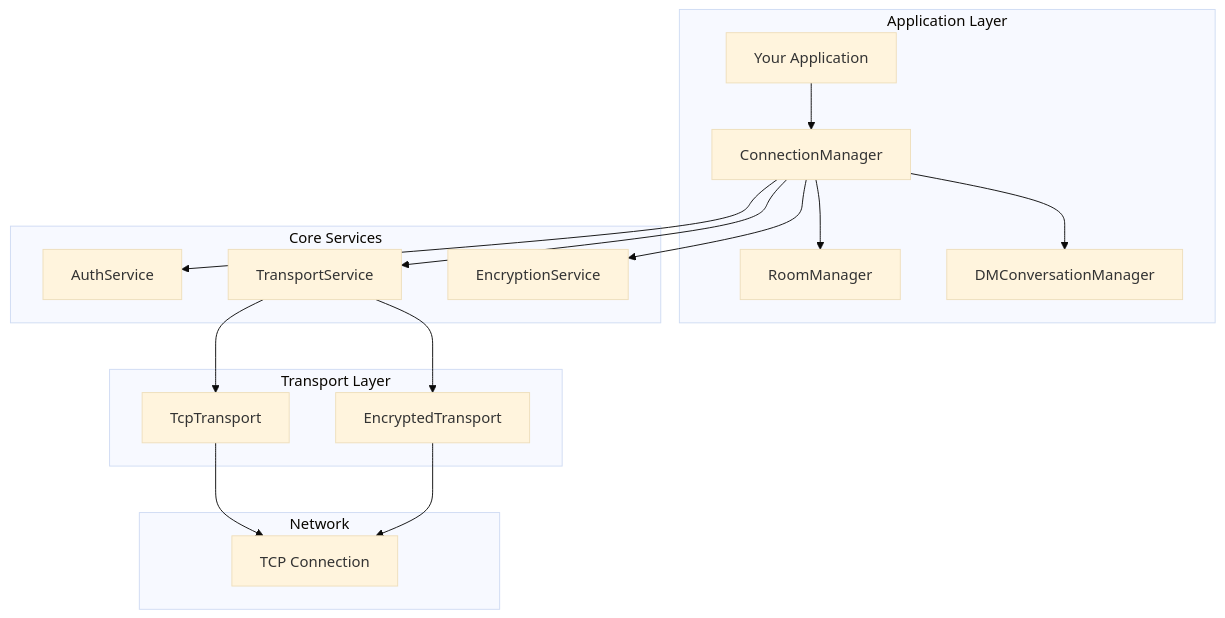
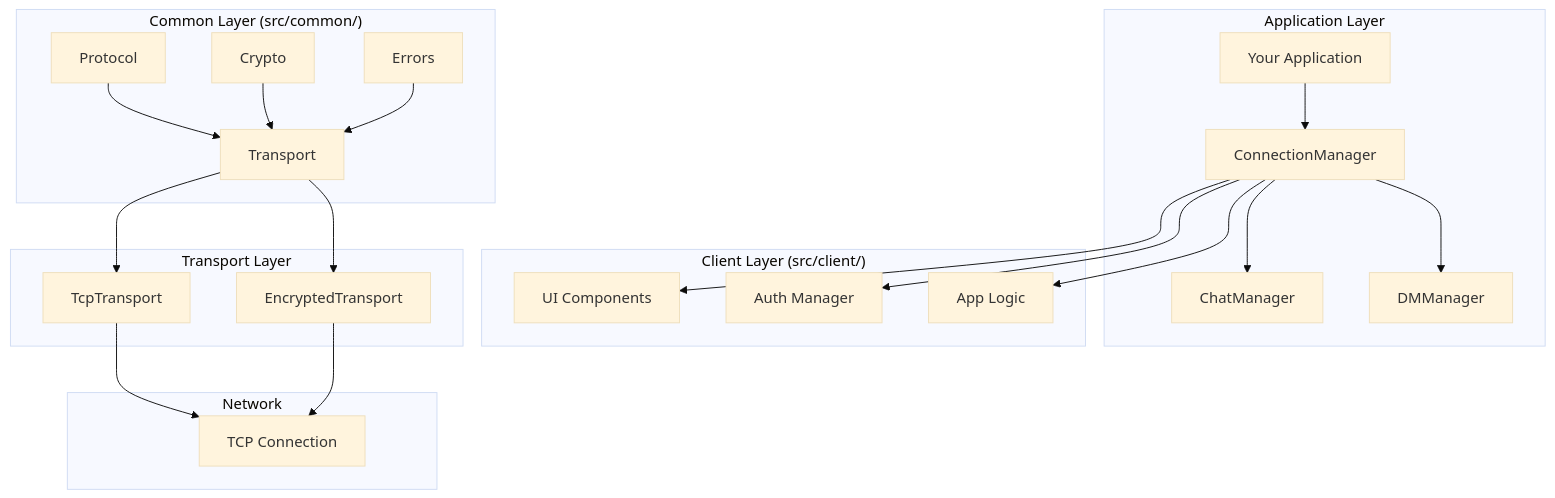
The first of 5 diagrams in docs/api/README.md (berrym/lair-chat), drawn with Mermaid (base theme) before and after one commit. The commit also changed other lines of this file and 10 other files, not shown here.

````diff
--- a/docs/api/README.md
+++ b/docs/api/README.md
@@ -29,24 +49,30 @@
 ```mermaid
 graph TB
     subgraph "Application Layer"
         A[Your Application] --> B[ConnectionManager]
-        B --> C[RoomManager]
-        B --> D[DMConversationManager]
+        B --> C[ChatManager]
+        B --> D[DMManager]
     end
     
-    subgraph "Core Services"
-        B --> E[AuthService]
-        B --> F[TransportService]
-        B --> G[EncryptionService]
+    subgraph "Common Layer (src/common/)"
+        E[Protocol] --> F[Transport]
+        G[Crypto] --> F
+        H[Errors] --> F
+    end
+    
+    subgraph "Client Layer (src/client/)"
+        B --> I[UI Components]
+        B --> J[Auth Manager]
+        B --> K[App Logic]
     end
     
     subgraph "Transport Layer"
-        F --> H[TcpTransport]
-        F --> I[EncryptedTransport]
+        F --> L[TcpTransport]
+        F --> M[EncryptedTransport]
     end
     
     subgraph "Network"
-        H --> J[TCP Connection]
-        I --> J
+        L --> N[TCP Connection]
+        M --> N
     end
 ```
````
